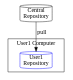
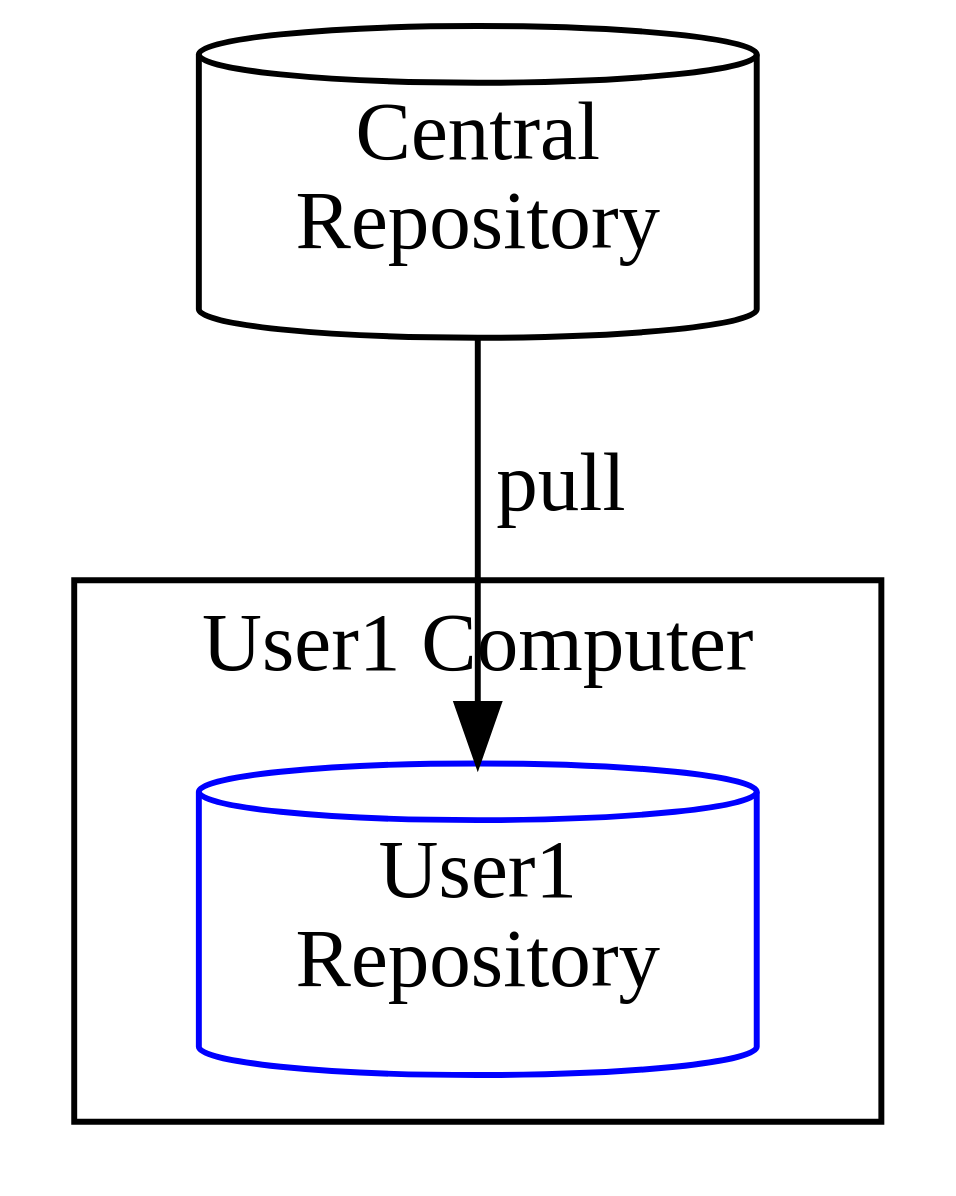
Before and after one commit to greg-hutchinson/git-training: the diagram in assets/img/graphviz/pull.dot, drawn with Graphviz. The commit also changed 17 other files, not shown here.

Commit message:
Updated diagrams

```diff
--- a/assets/img/graphviz/pull.dot
+++ b/assets/img/graphviz/pull.dot
@@ -1,12 +1,10 @@
-digraph foo {
-    rankdir="TB"
-    node [style=rounded, width=1, margin="0,0"];
+digraph pull {
+    size="40!"
     Repository [shape=cylinder, label="Central\nRepository" width=1];
     User1Rep [shape= cylinder, label="User1\nRepository", color=blue];
     Repository -> User1Rep [ label="pull" ]
     subgraph cluster_User1 {
         label="User1 Computer"
-        {  User1Rep
-        }
+        User1Rep
     }
 }
```
